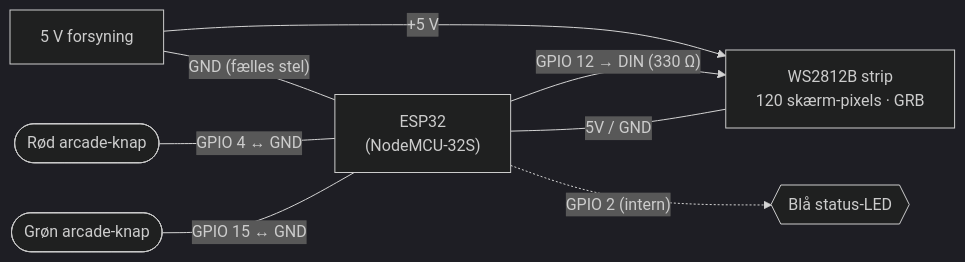
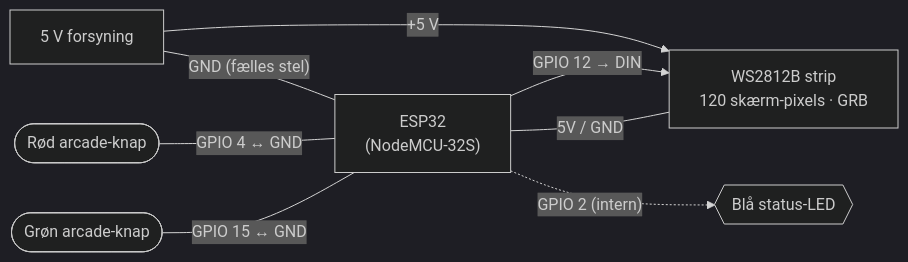
The diagram in docs/HARDWARE-Gamebox.md (MichaelHviid/Futuretown-Patruljedysten), drawn with Mermaid (dark theme) before and after one commit. The commit also changed other lines of this file and 1 other file, not shown here.

````diff
--- a/docs/HARDWARE-Gamebox.md
+++ b/docs/HARDWARE-Gamebox.md
@@ -51,17 +51,17 @@
 ```mermaid
 flowchart LR
   PSU["5 V forsyning"]
   ESP["ESP32<br/>(NodeMCU-32S)"]
   STRIP["WS2812B strip<br/>120 skærm-pixels · GRB"]
   RED(["Rød arcade-knap"])
   GRN(["Grøn arcade-knap"])
   LED{{"Blå status-LED"}}
 
   PSU -->|"+5 V"| STRIP
   PSU ---|"GND (fælles stel)"| ESP
-  ESP  -->|"GPIO 12 → DIN (330 Ω)"| STRIP
+  ESP  -->|"GPIO 12 → DIN"| STRIP
   ESP  ---|"5V / GND"| STRIP
   RED  ---|"GPIO 4 ↔ GND"| ESP
   GRN  ---|"GPIO 15 ↔ GND"| ESP
   ESP  -.->|"GPIO 2 (intern)"| LED
 ```
````
